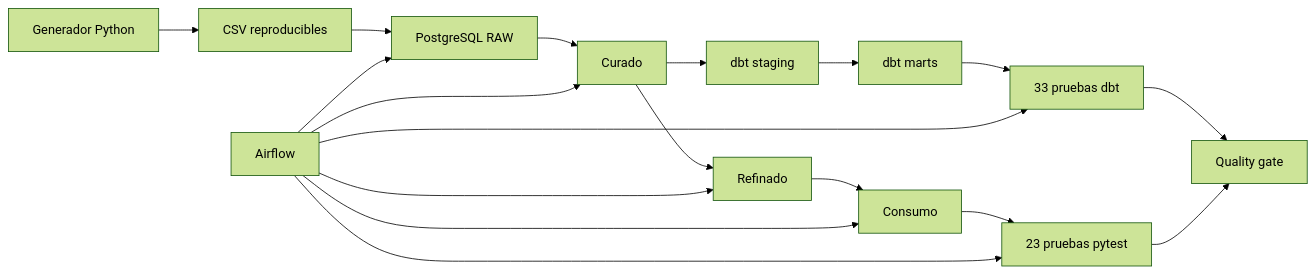
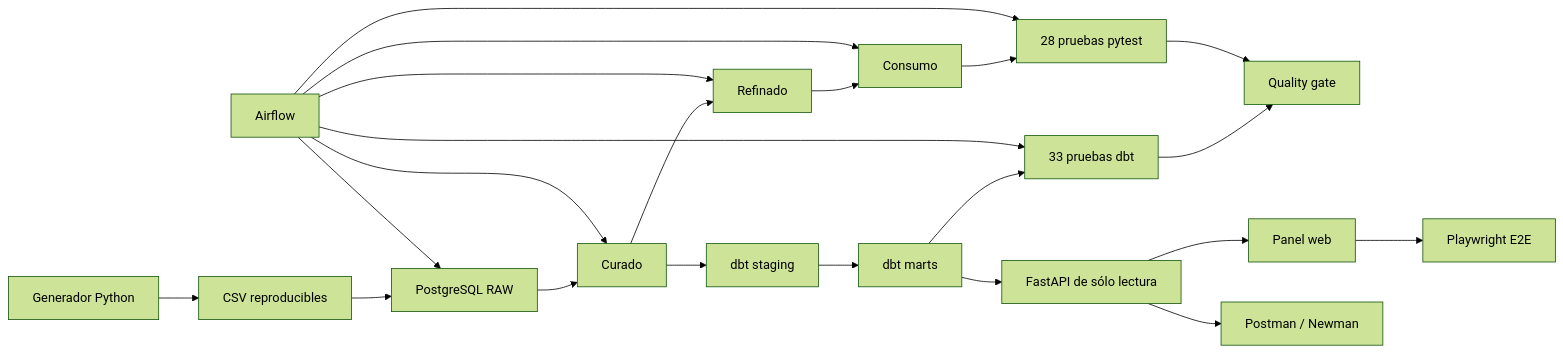
The diagram in README.md (MatiFul/data-qa-lab), drawn with Mermaid (forest theme) before and after one commit. The commit also changed other lines of this file and 3 other files, not shown here.

````diff
--- a/README.md
+++ b/README.md
@@ -19,20 +19,24 @@
 ```mermaid
 flowchart LR
     A["Generador Python"] --> B["CSV reproducibles"]
     B --> C["PostgreSQL RAW"]
     C --> D["Curado"]
     D --> E["Refinado"]
     E --> F["Consumo"]
     D --> G["dbt staging"]
     G --> H["dbt marts"]
     H --> I["33 pruebas dbt"]
-    F --> J["23 pruebas pytest"]
+    F --> J["28 pruebas pytest"]
     I --> K["Quality gate"]
     J --> K
+    H --> M["FastAPI de sólo lectura"]
+    M --> N["Panel web"]
+    M --> O["Postman / Newman"]
+    N --> P["Playwright E2E"]
     L["Airflow"] --> C
     L --> D
     L --> E
     L --> F
     L --> I
     L --> J
 ```
````
